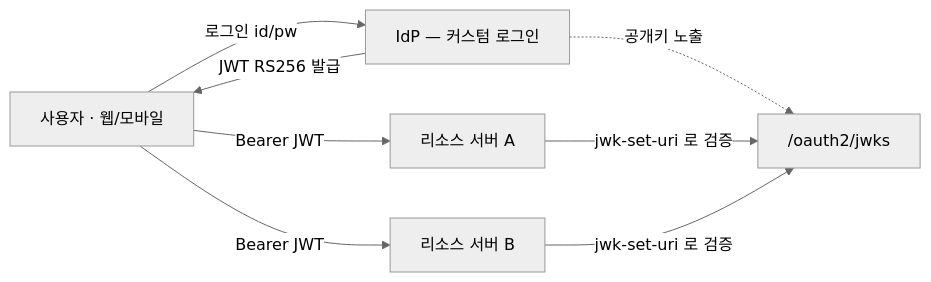
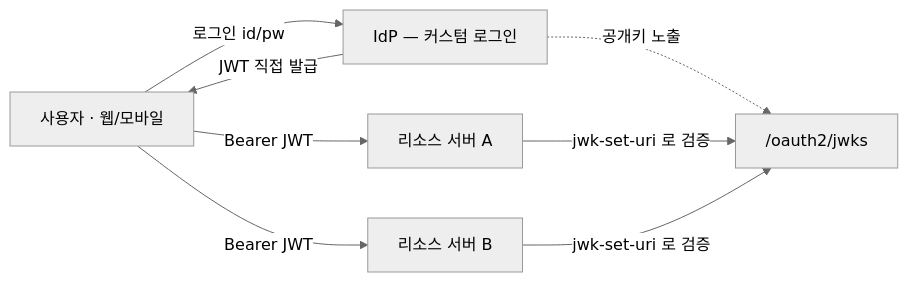
The second of 2 diagrams in src/content/docs/blog/spring-authorization-server-idp.md (hi4579675/hi4579675.github.io), drawn with Mermaid (neutral theme) before and after one commit. The commit also changed other lines of this file, not shown here.

````diff
--- a/src/content/docs/blog/spring-authorization-server-idp.md
+++ b/src/content/docs/blog/spring-authorization-server-idp.md
@@ -21,10 +147,10 @@
 ```mermaid
 flowchart LR
   U["사용자 · 웹/모바일"] -->|로그인 id/pw| IdP["IdP — 커스텀 로그인"]
-  IdP -->|JWT RS256 발급| U
+  IdP -->|JWT 직접 발급| U
   IdP -. 공개키 노출 .-> JWKS["/oauth2/jwks"]
   U -->|Bearer JWT| RS1["리소스 서버 A"]
   U -->|Bearer JWT| RS2["리소스 서버 B"]
   RS1 -->|jwk-set-uri 로 검증| JWKS
   RS2 -->|jwk-set-uri 로 검증| JWKS
 ```
````
